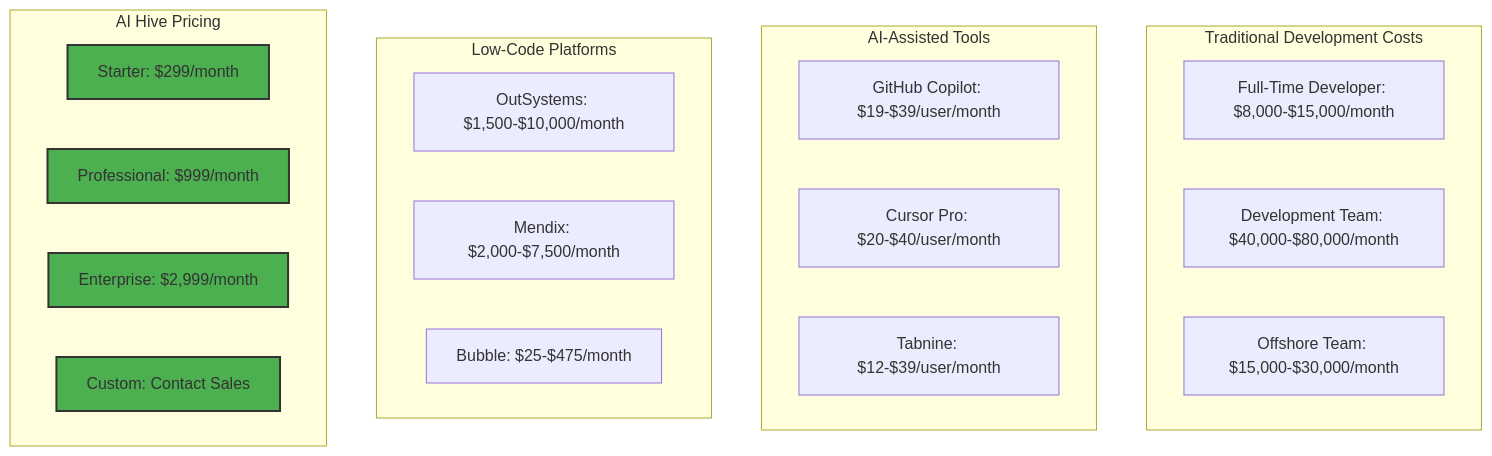
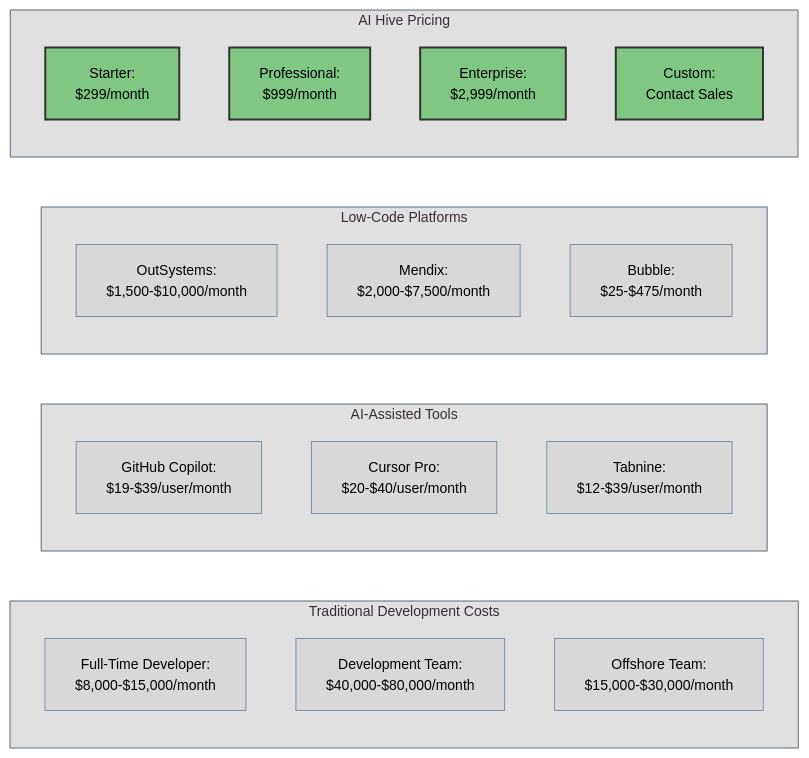
The first of 10 diagrams in business-documents/competitive-positioning/05-pricing-strategy.md (o2alexanderfedin/AI-Hive-Business-Docs), drawn with Mermaid before and after one commit. The commit also changed other lines of this file and 3 other files, not shown here.

First line of the commit message:
Fix Mermaid diagram syntax and styling

````diff
--- a/business-documents/competitive-positioning/05-pricing-strategy.md
+++ b/business-documents/competitive-positioning/05-pricing-strategy.md
@@ -24,32 +24,58 @@
 ```mermaid
-graph TD
+%%{init: {
+  'theme': 'base',
+  'themeVariables': {
+    'primaryColor': '#B8C8D8',
+    'primaryTextColor': '#000000',
+    'primaryBorderColor': '#7890A8',
+    'lineColor': '#5A6A7A',
+    'secondaryColor': '#D5C8B0',
+    'tertiaryColor': '#C5D5C5',
+    'background': '#FFFFFF',
+    'mainBkg': '#D8D8D8',
+    'secondBkg': '#C8C8C8',
+    'tertiaryBkg': '#B8B8B8',
+    'primaryFontFamily': 'Arial, sans-serif',
+    'fontSize': '14px',
+    'darkMode': false,
+    'nodeBkg': '#D5D5D5',
+    'nodeBorder': '#7890A8',
+    'clusterBkg': '#E0E0E0',
+    'clusterBorder': '#5A6A7A',
+    'defaultLinkColor': '#5A6A7A',
+    'textColor': '#000000',
+    'labelTextColor': '#000000',
+    'actorTextColor': '#000000'
+  }
+}}%%
+graph LR
     subgraph "Traditional Development Costs"
-        TD1[Full-Time Developer: $8,000-$15,000/month]
-        TD2[Development Team: $40,000-$80,000/month]
-        TD3[Offshore Team: $15,000-$30,000/month]
+        TD1[Full-Time Developer:<br/> $8,000-$15,000/month]
+        TD2[Development Team:<br/> $40,000-$80,000/month]
+        TD3[Offshore Team:<br/> $15,000-$30,000/month]
     end
 
     subgraph "AI-Assisted Tools"
-        AI1[GitHub Copilot: $19-$39/user/month]
-        AI2[Cursor Pro: $20-$40/user/month]
-        AI3[Tabnine: $12-$39/user/month]
+        AI1[GitHub Copilot:<br/> $19-$39/user/month]
+        AI2[Cursor Pro:<br/> $20-$40/user/month]
+        AI3[Tabnine:<br/> $12-$39/user/month]
     end
 
     subgraph "Low-Code Platforms"
-        LC1[OutSystems: $1,500-$10,000/month]
-        LC2[Mendix: $2,000-$7,500/month]
-        LC3[Bubble: $25-$475/month]
+        LC1[OutSystems:<br/> $1,500-$10,000/month]
+        LC2[Mendix:<br/> $2,000-$7,500/month]
+        LC3[Bubble:<br/> $25-$475/month]
     end
 
     subgraph "AI Hive Pricing"
-        AS1[Starter: $299/month]
-        AS2[Professional: $999/month]
-        AS3[Enterprise: $2,999/month]
-        AS4[Custom: Contact Sales]
+        AS1[Starter:<br/> $299/month]
+        AS2[Professional:<br/> $999/month]
+        AS3[Enterprise:<br/> $2,999/month]
+        AS4[Custom:<br/> Contact Sales]
     end
 
-    style AS1 fill:#4CAF50,stroke:#333,stroke-width:2px
-    style AS2 fill:#4CAF50,stroke:#333,stroke-width:2px
-    style AS3 fill:#4CAF50,stroke:#333,stroke-width:2px
-    style AS4 fill:#4CAF50,stroke:#333,stroke-width:2px
+    style AS1 fill:#81C784,color:#000000,stroke:#333,stroke-width:2px
+    style AS2 fill:#81C784,color:#000000,stroke:#333,stroke-width:2px
+    style AS3 fill:#81C784,color:#000000,stroke:#333,stroke-width:2px
+    style AS4 fill:#81C784,color:#000000,stroke:#333,stroke-width:2px
 ```
````
